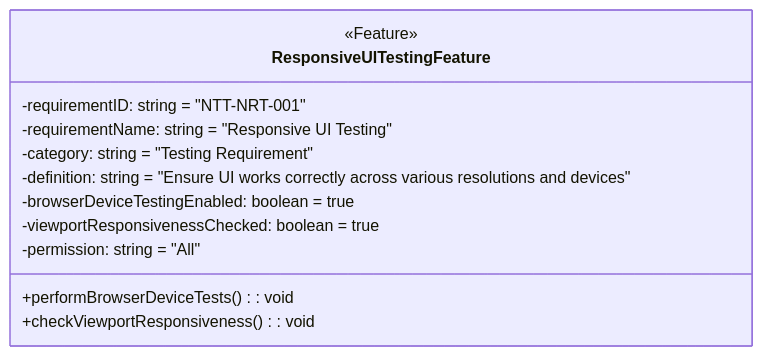
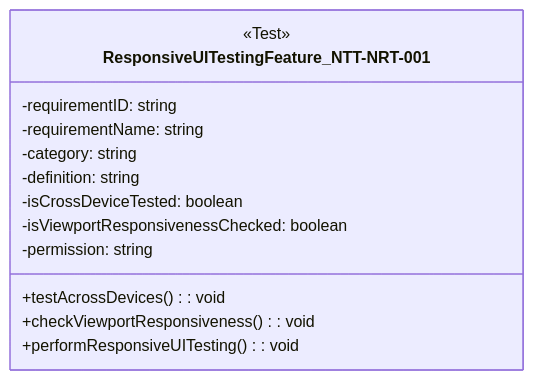
One commit to sun922/University-SoftwareDesign changed diagram 27 of 32 in 1. Requirement Analysis/Software Requirements Specification.md. Above: the diagram before and after it, drawn with Mermaid. The commit also changed other lines of this file, not shown here.

````diff
--- a/1. Requirement Analysis/Software Requirements Specification.md
+++ b/1. Requirement Analysis/Software Requirements Specification.md
@@ -824,17 +835,17 @@
 ```mermaid
 classDiagram
-    class ResponsiveUITestingFeature {
-        <<Feature>>
-        -requirementID: string = "NTT-NRT-001"
-        -requirementName: string = "Responsive UI Testing"
-        -category: string = "Testing Requirement"
-        -definition: string = "Ensure UI works correctly across various resolutions and devices"
-        -browserDeviceTestingEnabled: boolean = true
-        -viewportResponsivenessChecked: boolean = true
-        -permission: string = "All"
+    class ResponsiveUITestingFeature_NTT-NRT-001 {
+        <<Test>>
+        -requirementID: string
+        -requirementName: string
+        -category: string
+        -definition: string
+        -isCrossDeviceTested: boolean
+        -isViewportResponsivenessChecked: boolean
+        -permission: string
 
-        +performBrowserDeviceTests(): void
+        +testAcrossDevices(): void
         +checkViewportResponsiveness(): void
+        +performResponsiveUITesting(): void
     }
-
 ```
````
